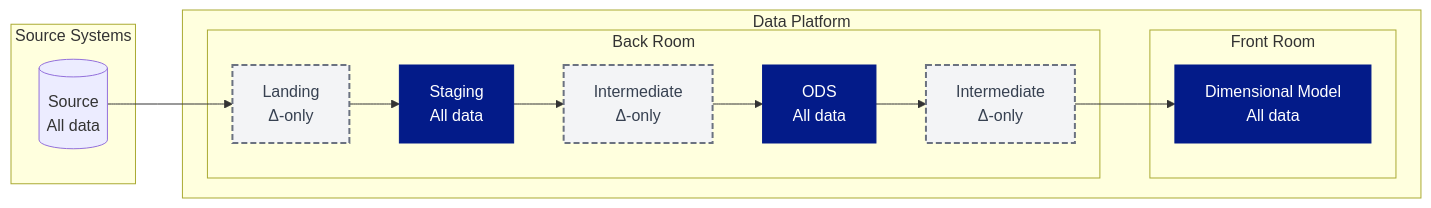
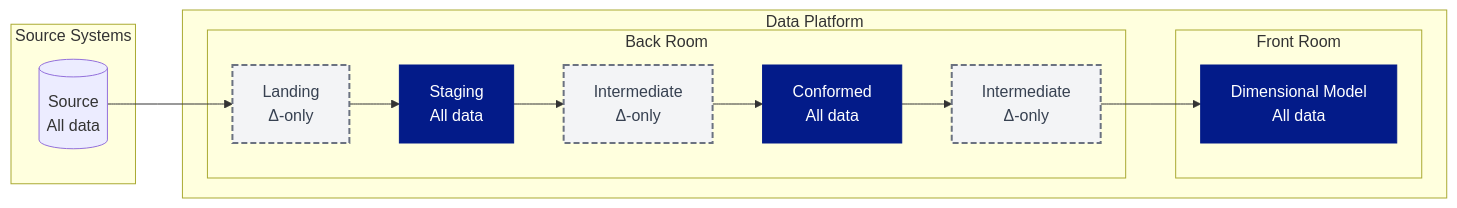
Before and after one commit to PlainsightPro/Vision-Playbook: the second of 2 diagrams in Technical Guideline Ops/Architectural Principles/Data Layers and Modeling.md, drawn with Mermaid. The commit also changed other lines of this file and 11 other files, not shown here.

````diff
--- a/Technical Guideline Ops/Architectural Principles/Data Layers and Modeling.md
+++ b/Technical Guideline Ops/Architectural Principles/Data Layers and Modeling.md
@@ -78,40 +81,35 @@
 ```mermaid
----
-config:
-  theme: forest
-  layout: elk
----
 %%{init: { "flowchart": { "useMaxWidth": true } }}%%
 graph LR
 	subgraph Source Systems
 		S[(Source<br/>All data)]
 	end
 
     subgraph Data Platform
         subgraph Back Room
             L[Landing<br/>Δ-only]:::delta
             B[Staging<br/>All data]:::all
             M1[Intermediate<br/>Δ-only]:::delta
-            ODS[ODS<br/>All data]:::all
+            CONF[Conformed<br/>All data]:::all
             M2[Intermediate<br/>Δ-only]:::delta
         end
 
         subgraph Front Room
             D[Dimensional Model<br/>All data]:::all
         end
     end
 	
 %% Flows
 S --> L
 L --> B
 B --> M1
-M1 --> ODS
-ODS --> M2
+M1 --> CONF
+CONF --> M2
 M2 --> D
 
 
 %% Node styles
 classDef delta fill:#F3F4F6,stroke:#6B7280,stroke-width:2px,stroke-dasharray:6 3,color:#374151;
 classDef all fill:#031B89,stroke:#031B89,stroke-width:1px,color:#FFFFFF;
 class A,C blueBox;
 ```
````
